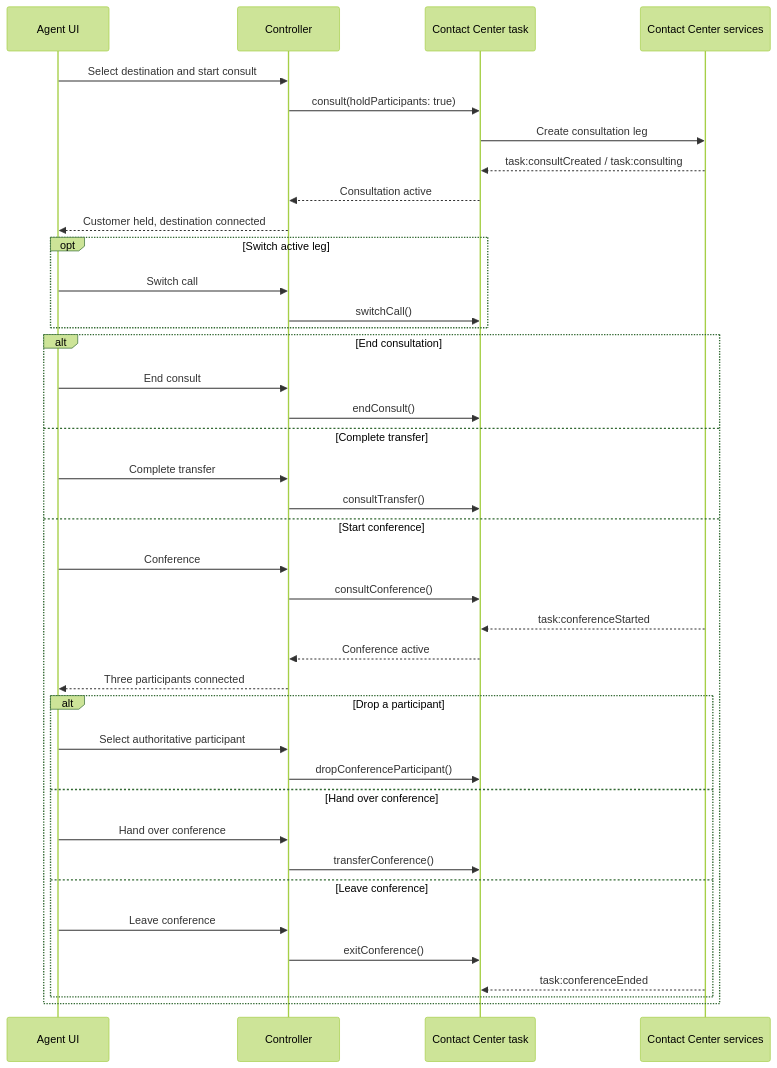
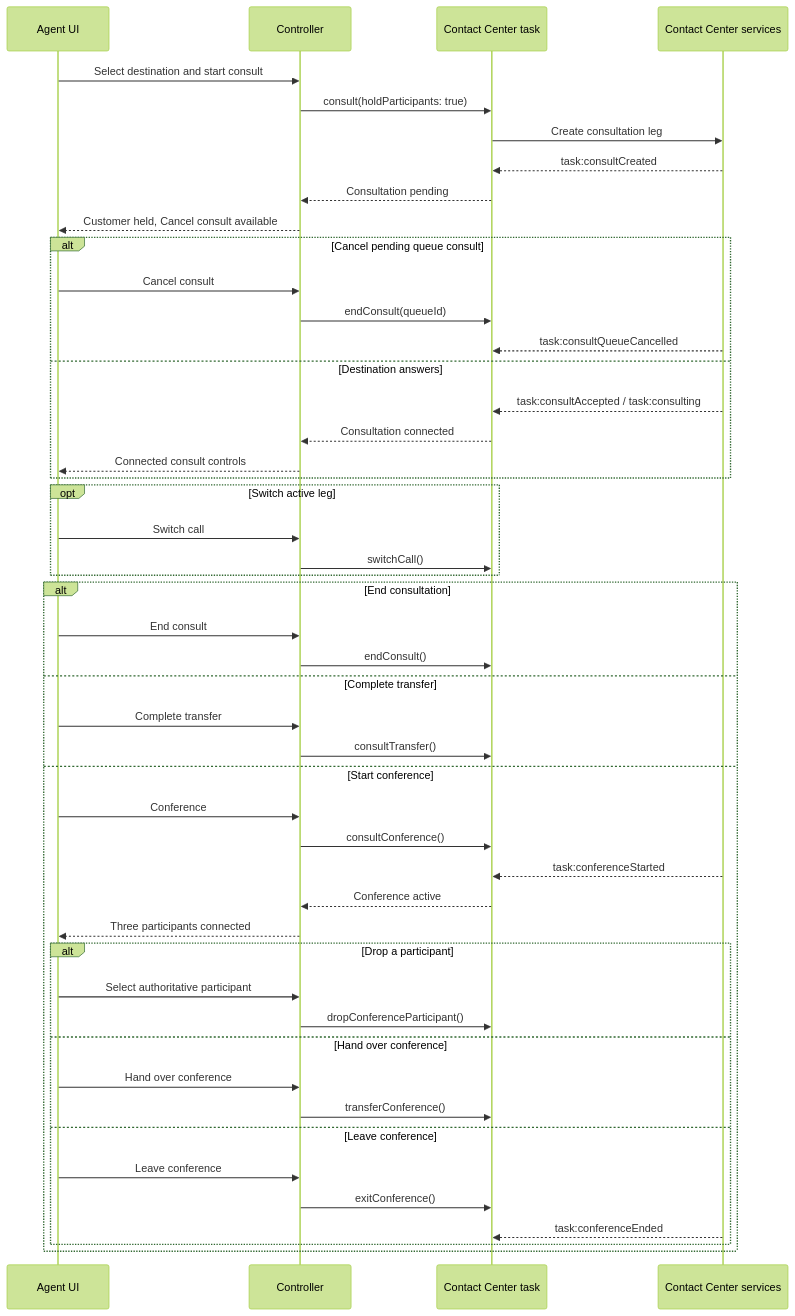
The seventh of 9 diagrams in ARCHITECTURE.md (aashishberry/webexcc_sdk_app), drawn with Mermaid (forest theme) before and after one commit. The commit also changed other lines of this file and 6 other files, not shown here.

````diff
--- a/ARCHITECTURE.md
+++ b/ARCHITECTURE.md
@@ -317,42 +337,51 @@
 ```mermaid
 sequenceDiagram
     participant A as Agent UI
     participant C as Controller
     participant T as Contact Center task
     participant W as Contact Center services
 
     A->>C: Select destination and start consult
     C->>T: consult(holdParticipants: true)
     T->>W: Create consultation leg
-    W-->>T: task:consultCreated / task:consulting
-    T-->>C: Consultation active
-    C-->>A: Customer held, destination connected
+    W-->>T: task:consultCreated
+    T-->>C: Consultation pending
+    C-->>A: Customer held, Cancel consult available
+    alt Cancel pending queue consult
+        A->>C: Cancel consult
+        C->>T: endConsult(queueId)
+        W-->>T: task:consultQueueCancelled
+    else Destination answers
+        W-->>T: task:consultAccepted / task:consulting
+        T-->>C: Consultation connected
+        C-->>A: Connected consult controls
+    end
     opt Switch active leg
         A->>C: Switch call
         C->>T: switchCall()
     end
     alt End consultation
         A->>C: End consult
         C->>T: endConsult()
     else Complete transfer
         A->>C: Complete transfer
         C->>T: consultTransfer()
     else Start conference
         A->>C: Conference
         C->>T: consultConference()
         W-->>T: task:conferenceStarted
         T-->>C: Conference active
         C-->>A: Three participants connected
         alt Drop a participant
             A->>C: Select authoritative participant
             C->>T: dropConferenceParticipant()
         else Hand over conference
             A->>C: Hand over conference
             C->>T: transferConference()
         else Leave conference
             A->>C: Leave conference
             C->>T: exitConference()
             W-->>T: task:conferenceEnded
         end
     end
 ```
````
